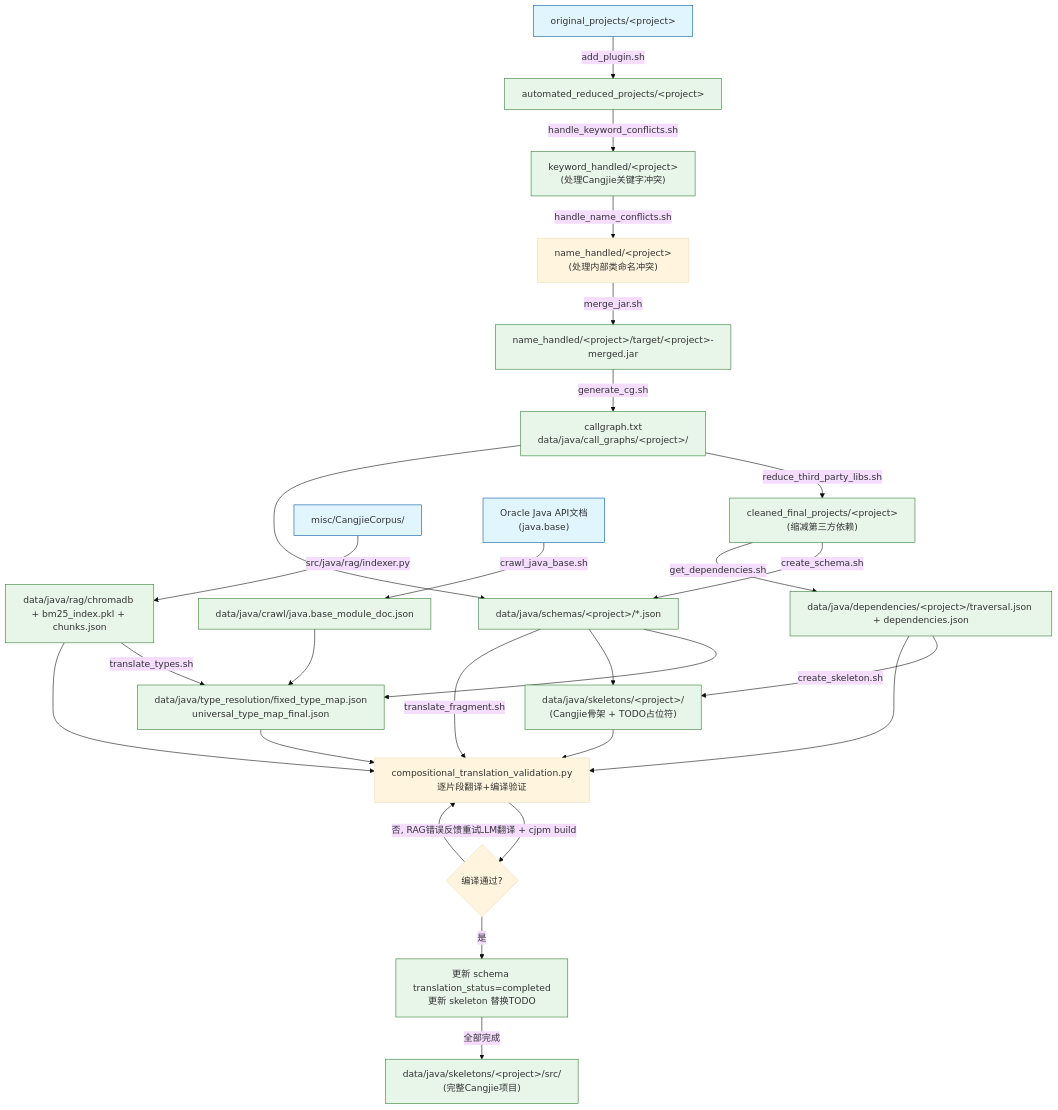
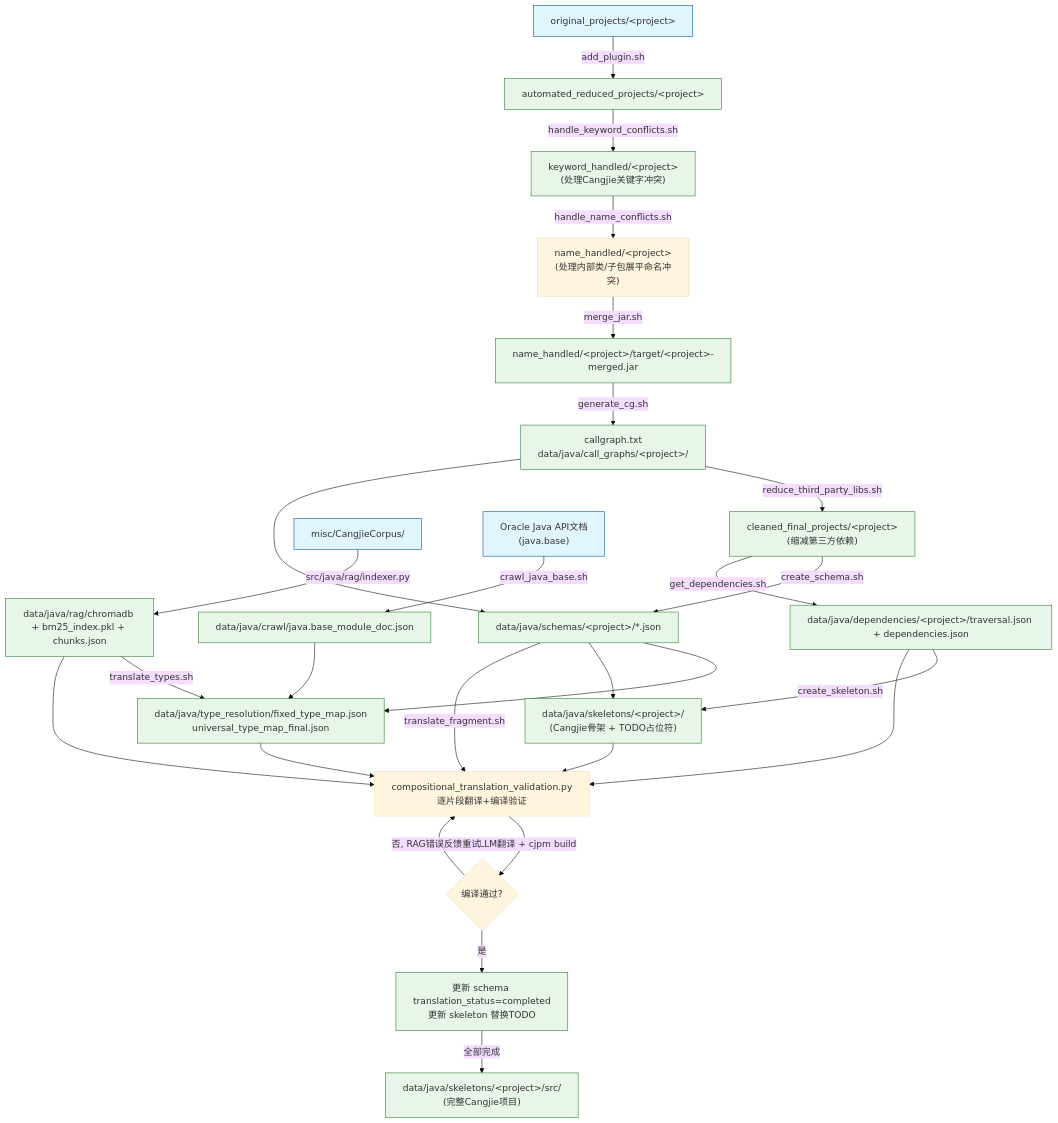
The diagram in docs/flowchart.md (hx062312/x2cangjie), drawn with Mermaid (base theme) before and after one commit. The commit also changed 184 other files, not shown here.

````diff
--- a/docs/flowchart.md
+++ b/docs/flowchart.md
@@ -1,34 +1,34 @@
 ```mermaid
 flowchart TD
     A1["original_projects/&lt;project&gt;"] -->|add_plugin.sh| A2["automated_reduced_projects/&lt;project&gt;"]
     A2 -->|handle_keyword_conflicts.sh| A3["keyword_handled/&lt;project&gt;<br/>(处理Cangjie关键字冲突)"]
-    A3 -->|handle_name_conflicts.sh| A3b["name_handled/&lt;project&gt;<br/>(处理内部类命名冲突)"]
+    A3 -->|handle_name_conflicts.sh| A3b["name_handled/&lt;project&gt;<br/>(处理内部类/子包展平命名冲突)"]
     A3b -->|merge_jar.sh| A4["name_handled/&lt;project&gt;/target/&lt;project&gt;-merged.jar"]
     A4 -->|generate_cg.sh| A5["callgraph.txt<br/>data/java/call_graphs/&lt;project&gt;/"]
     A5 -->|reduce_third_party_libs.sh| A6["cleaned_final_projects/&lt;project&gt;<br/>(缩减第三方依赖)"]
     A6 -->|create_schema.sh| C1["data/java/schemas/&lt;project&gt;/*.json"]
     A5 --> C1
     A6 -->|get_dependencies.sh| C2["data/java/dependencies/&lt;project&gt;/traversal.json + dependencies.json"]
     D1["misc/CangjieCorpus/"] -->|src/java/rag/indexer.py| D2["data/java/rag/chromadb + bm25_index.pkl + chunks.json"]
     D3["Oracle Java API文档<br/>(java.base)"] -->|crawl_java_base.sh| D4["data/java/crawl/java.base_module_doc.json"]
     D2 -->|translate_types.sh| E1["data/java/type_resolution/fixed_type_map.json<br/>universal_type_map_final.json"]
     D4 --> E1
     C1 --> E1
     C1 --> E2
     C2 -->|create_skeleton.sh| E2["data/java/skeletons/&lt;project&gt;/<br/>(Cangjie骨架 + TODO占位符)"]
     C1 -->|translate_fragment.sh| F1["compositional_translation_validation.py<br/>逐片段翻译+编译验证"]
     C2 --> F1
     E1 --> F1
     E2 --> F1
     D2 --> F1
     F1 -->|LLM翻译 + cjpm build| F2{"编译通过?"}
     F2 -->|否, RAG错误反馈重试| F1
     F2 -->|是| F3["更新 schema translation_status=completed<br/>更新 skeleton 替换TODO"]
     F3 -->|全部完成| F4["data/java/skeletons/&lt;project&gt;/src/<br/>(完整Cangjie项目)"]
 
     classDef input fill:#e1f5fe,stroke:#01579b
     classDef output fill:#e8f5e9,stroke:#2e7d32
 
     class A1,D1,D3 input
     class A2,A3,A4,A5,A6,C1,C2,D2,D4,E1,E2,F3,F4 output
 ```
````
